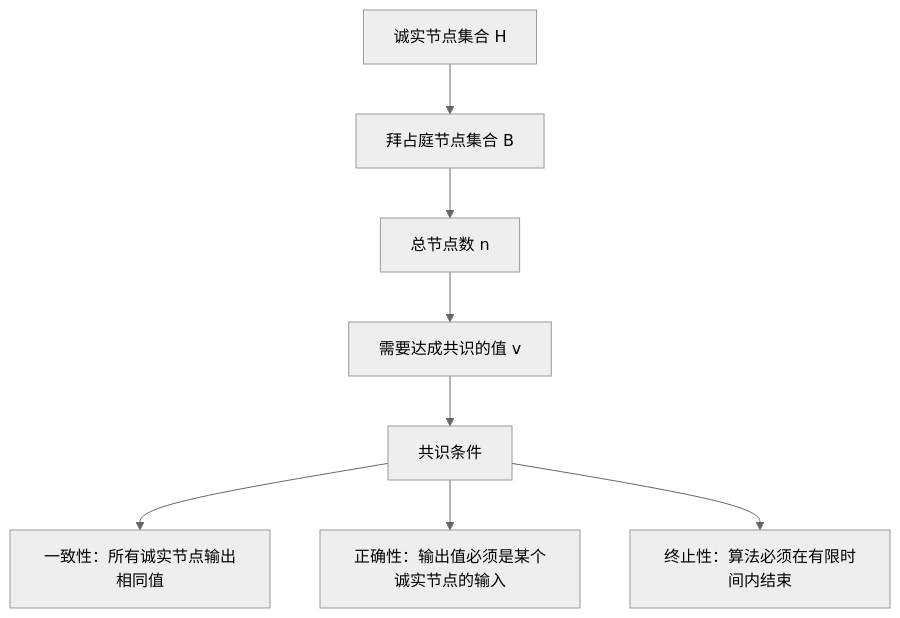
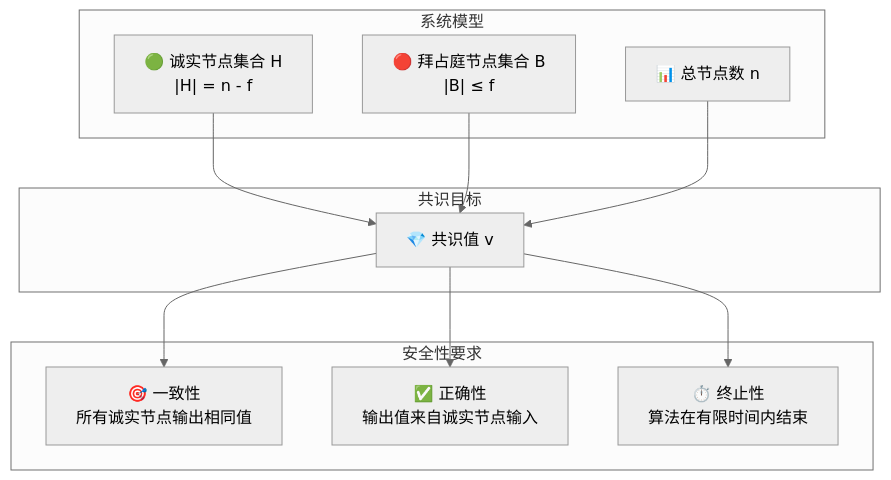
One commit to jsalessandro/lesshash changed the second of 6 diagrams in content/posts/distributed-01-byzantine-generals.md. Above: the diagram before and after it, drawn with Mermaid (neutral theme). The commit also changed other lines of this file and 15 other files, not shown here.

````diff
--- a/content/posts/distributed-01-byzantine-generals.md
+++ b/content/posts/distributed-01-byzantine-generals.md
@@ -36,10 +79,25 @@
 ```mermaid
-graph TD
-    A[诚实节点集合 H] --> B[拜占庭节点集合 B]
-    B --> C[总节点数 n]
-    C --> D[需要达成共识的值 v]
-    D --> E[共识条件]
-    E --> F[一致性：所有诚实节点输出相同值]
-    E --> G[正确性：输出值必须是某个诚实节点的输入]
-    E --> H[终止性：算法必须在有限时间内结束]
+flowchart TD
+    subgraph "系统模型"
+        A["🟢 诚实节点集合 H<br/>|H| = n - f"]
+        B["🔴 拜占庭节点集合 B<br/>|B| ≤ f"]
+        C["📊 总节点数 n"]
+    end
+
+    subgraph "共识目标"
+        D["💎 共识值 v"]
+    end
+
+    subgraph "安全性要求"
+        F["🎯 一致性<br/>所有诚实节点输出相同值"]
+        G["✅ 正确性<br/>输出值来自诚实节点输入"]
+        H["⏱️ 终止性<br/>算法在有限时间内结束"]
+    end
+
+    A --> D
+    B --> D
+    C --> D
+    D --> F
+    D --> G
+    D --> H
 ```
````
